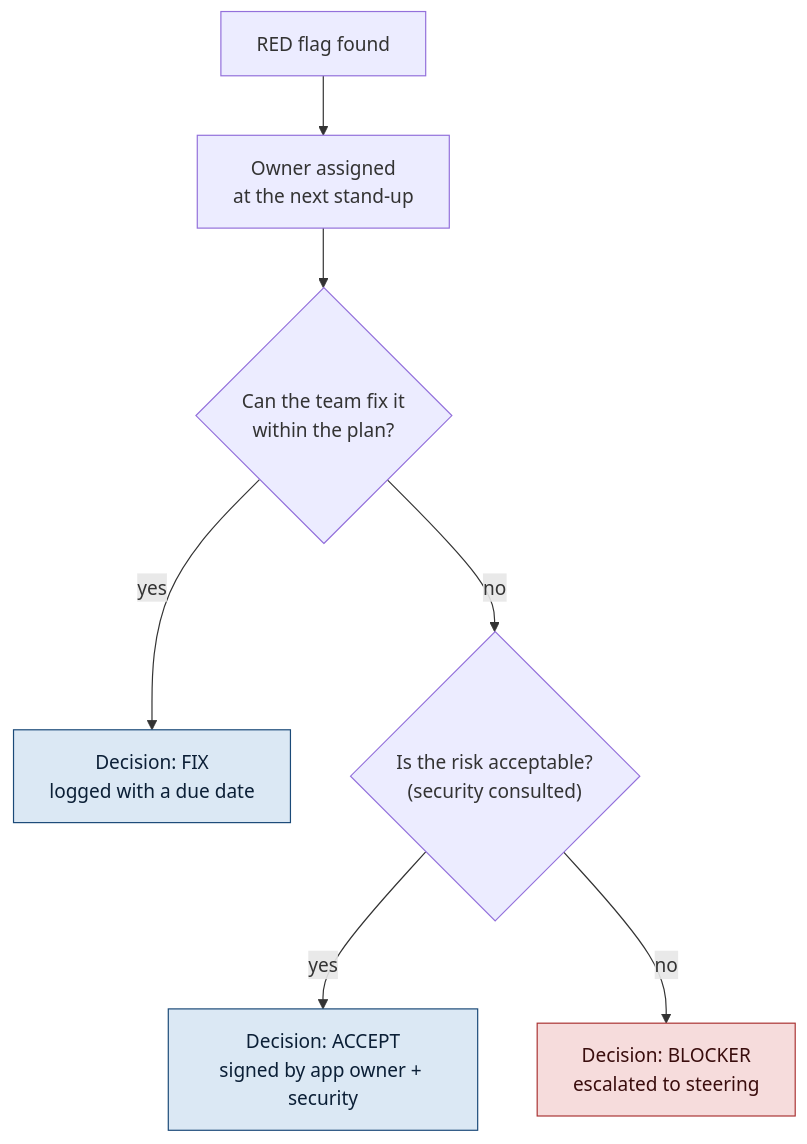
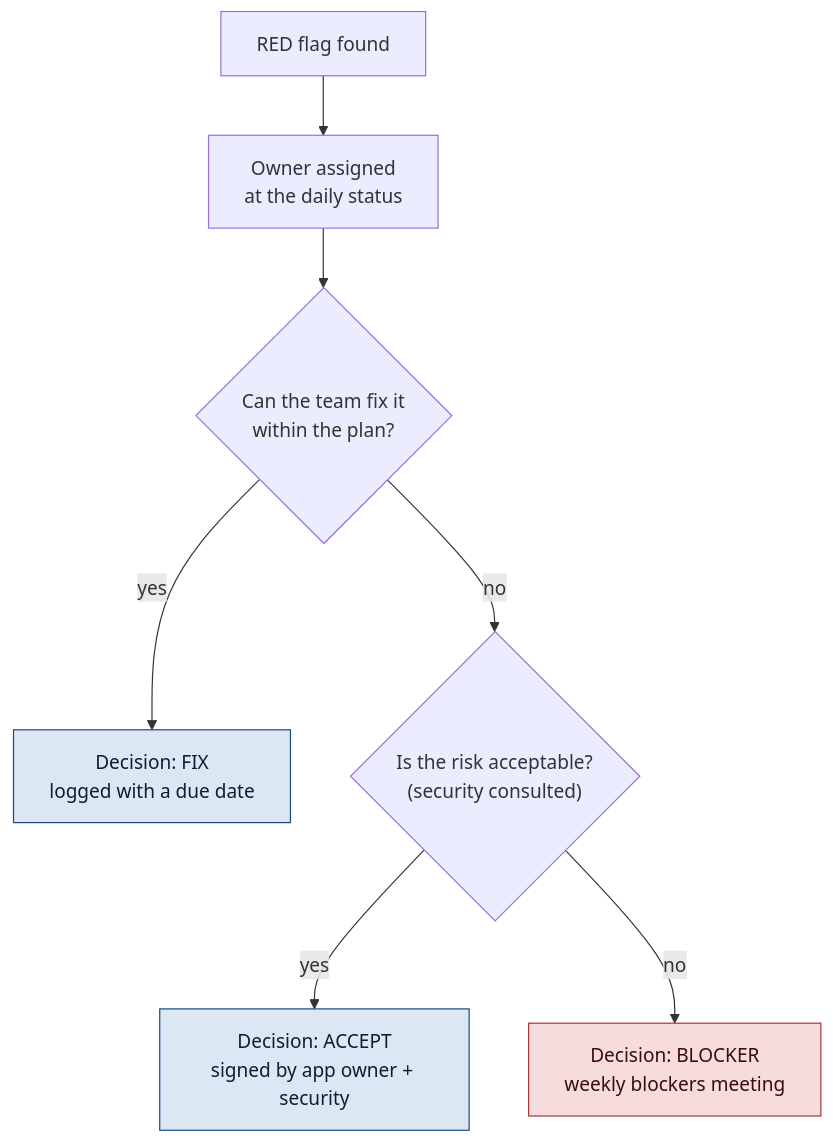
The second of 7 diagrams in migration-governance/README.md (theoneakta/ansible), drawn with Mermaid before and after one commit. The commit also changed other lines of this file, not shown here.

````diff
--- a/migration-governance/README.md
+++ b/migration-governance/README.md
@@ -170,14 +185,14 @@
 ```mermaid
 flowchart TD
-    F["RED flag found"] --> O["Owner assigned<br/>at the next stand-up"]
+    F["RED flag found"] --> O["Owner assigned<br/>at the daily status"]
     O --> Q{"Can the team fix it<br/>within the plan?"}
     Q -- yes --> FIX["Decision: FIX<br/>logged with a due date"]
     Q -- no --> R{"Is the risk acceptable?<br/>(security consulted)"}
     R -- yes --> ACC["Decision: ACCEPT<br/>signed by app owner + security"]
-    R -- no --> BLK["Decision: BLOCKER<br/>escalated to steering"]
+    R -- no --> BLK["Decision: BLOCKER<br/>weekly blockers meeting"]
 
     classDef ok fill:#dbe8f4,stroke:#1b4a78,color:#0b1f36
     classDef stop fill:#f6dcdc,stroke:#a33,color:#3a0d0d
     class FIX,ACC ok
     class BLK stop
 ```
````
